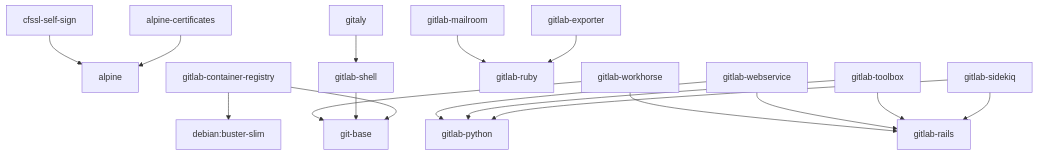
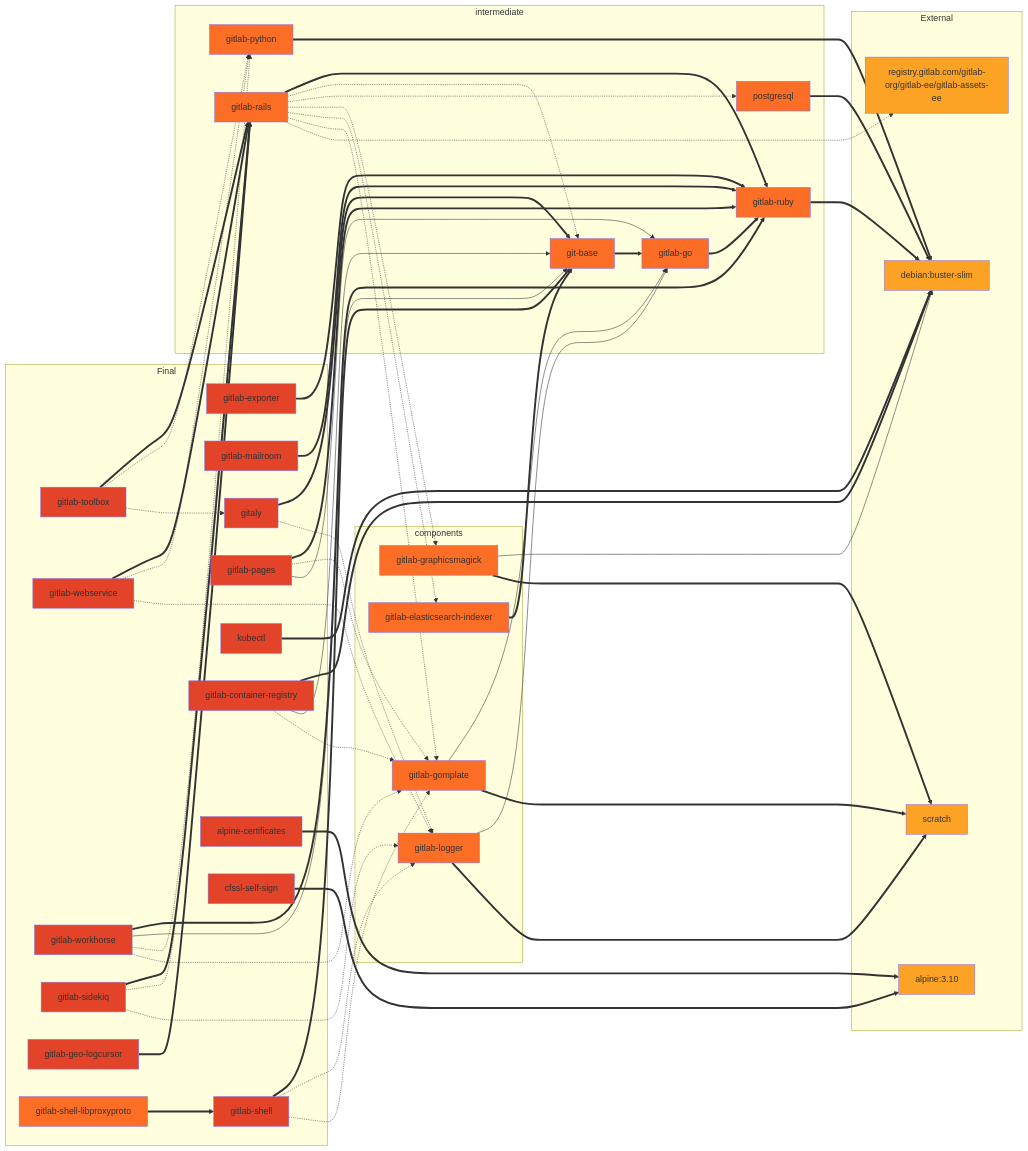
Before and after one commit to tachyons/gitlab-pages: the second of 2 diagrams in docs/build.md, drawn with Mermaid. The commit also changed other lines of this file, not shown here.

Commit message:
Docs: Update build.md with dependency graph

````diff
--- a/docs/build.md
+++ b/docs/build.md
@@ -182,19 +237,118 @@
 ```mermaid
-graph TD;
-  alpine-certificates-->alpine;
-  cfssl-self-sign-->alpine;
-  gitaly-->gitlab-shell;
-  gitlab-container-registry-->debian:buster-slim;
-  gitlab-container-registry-->git-base;
-  gitlab-exporter-->gitlab-ruby;
-  gitlab-mailroom-->gitlab-ruby;
-  gitlab-shell-->git-base;
-  gitlab-sidekiq-->gitlab-python;
-  gitlab-sidekiq-->gitlab-rails;
-  gitlab-toolbox-->gitlab-rails;
-  gitlab-toolbox-->gitlab-python;
-  gitlab-webservice-->gitlab-python;
-  gitlab-webservice-->gitlab-rails;
-  gitlab-workhorse-->gitlab-rails;
-  gitlab-workhorse-->git-base;
+graph LR;
+  subgraph Final
+    gitlab-toolbox:::final
+    gitlab-webservice:::final
+    gitlab-workhorse:::final
+    gitlab-sidekiq:::final
+    gitlab-geo-logcursor:::final
+    gitlab-exporter:::final
+    gitlab-mailroom:::final
+    gitlab-shell:::final
+    gitlab-shell-libproxyproto
+    gitlab-pages:::final
+    gitaly:::final
+    kubectl:::final
+    gitlab-container-registry:::final
+    alpine-certificates:::final
+    cfssl-self-sign:::final
+  end
+
+  subgraph components
+    gitlab-elasticsearch-indexer
+    gitlab-logger
+    gitlab-gomplate
+    gitlab-graphicsmagick
+  end
+
+  subgraph intermediate
+    gitlab-python
+    gitlab-ruby
+    gitlab-rails
+    gitlab-go
+    git-base
+    postgresql
+  end
+
+  subgraph External;
+    gitlab-assets[registry.gitlab.com/gitlab-org/gitlab-ee/gitlab-assets-ee]:::external;
+    alpine[alpine:3.10]:::external;
+    scratch[scratch]:::external;
+    debian[debian:buster-slim]:::external;
+  end
+
+  gitlab-go==>gitlab-ruby;
+  gitlab-ruby==>debian;
+
+  postgresql==>debian;
+  kubectl==>debian;
+  cfssl-self-sign==>alpine;
+  alpine-certificates==>alpine;
+
+  gitlab-logger-->gitlab-go;
+  gitlab-logger==>scratch;
+
+  gitlab-pages==>gitlab-ruby
+  gitlab-pages-.->gitlab-gomplate
+  gitlab-pages-->gitlab-go
+
+  gitlab-graphicsmagick-->debian
+  gitlab-graphicsmagick==>scratch
+
+  gitlab-gomplate-->gitlab-go
+  gitlab-gomplate==>scratch
+
+  gitlab-python==>debian;
+
+  gitlab-rails==>gitlab-ruby;
+  gitlab-rails-.->git-base;
+  gitlab-rails-.->postgresql;
+  gitlab-rails-.->gitlab-graphicsmagick;
+  gitlab-rails-.->gitlab-elasticsearch-indexer;
+  gitlab-rails-.->gitlab-gomplate;
+  gitlab-rails-.->gitlab-assets;
+
+  gitlab-toolbox==>gitlab-rails;
+  gitlab-toolbox-.->gitlab-python;
+  gitlab-toolbox-.->gitaly;
+
+  gitlab-geo-logcursor==>gitlab-rails;
+
+  gitlab-webservice==>gitlab-rails;
+  gitlab-webservice-.->gitlab-python;
+  gitlab-webservice-.->gitlab-logger;
+
+  gitlab-sidekiq==>gitlab-rails;
+  gitlab-sidekiq-.->gitlab-python;
+  gitlab-sidekiq-.->gitlab-logger;
+
+  gitlab-exporter==>gitlab-ruby;
+
+  gitlab-mailroom==>gitlab-ruby;
+
+  gitlab-shell==>git-base;
+  gitlab-shell-.->gitlab-logger;
+  gitlab-shell-.->gitlab-gomplate;
+
+  gitlab-shell-libproxyproto==>gitlab-shell;
+
+  git-base==>gitlab-go;
+
+  gitlab-elasticsearch-indexer==>git-base;
+
+  gitaly==>git-base;
+  gitaly-.->gitlab-logger;
+
+  gitlab-container-registry==>debian
+  gitlab-container-registry-->git-base
+  gitlab-container-registry-.->gitlab-gomplate
+
+  gitlab-workhorse==>gitlab-ruby
+  gitlab-workhorse-->git-base
+  gitlab-workhorse-.->gitlab-rails
+  gitlab-workhorse-.->gitlab-gomplate
+
+  classDef default fill:#fc6d26;
+  classDef external fill:#fca326;
+  classDef final fill:#e24329;
 ```
````
